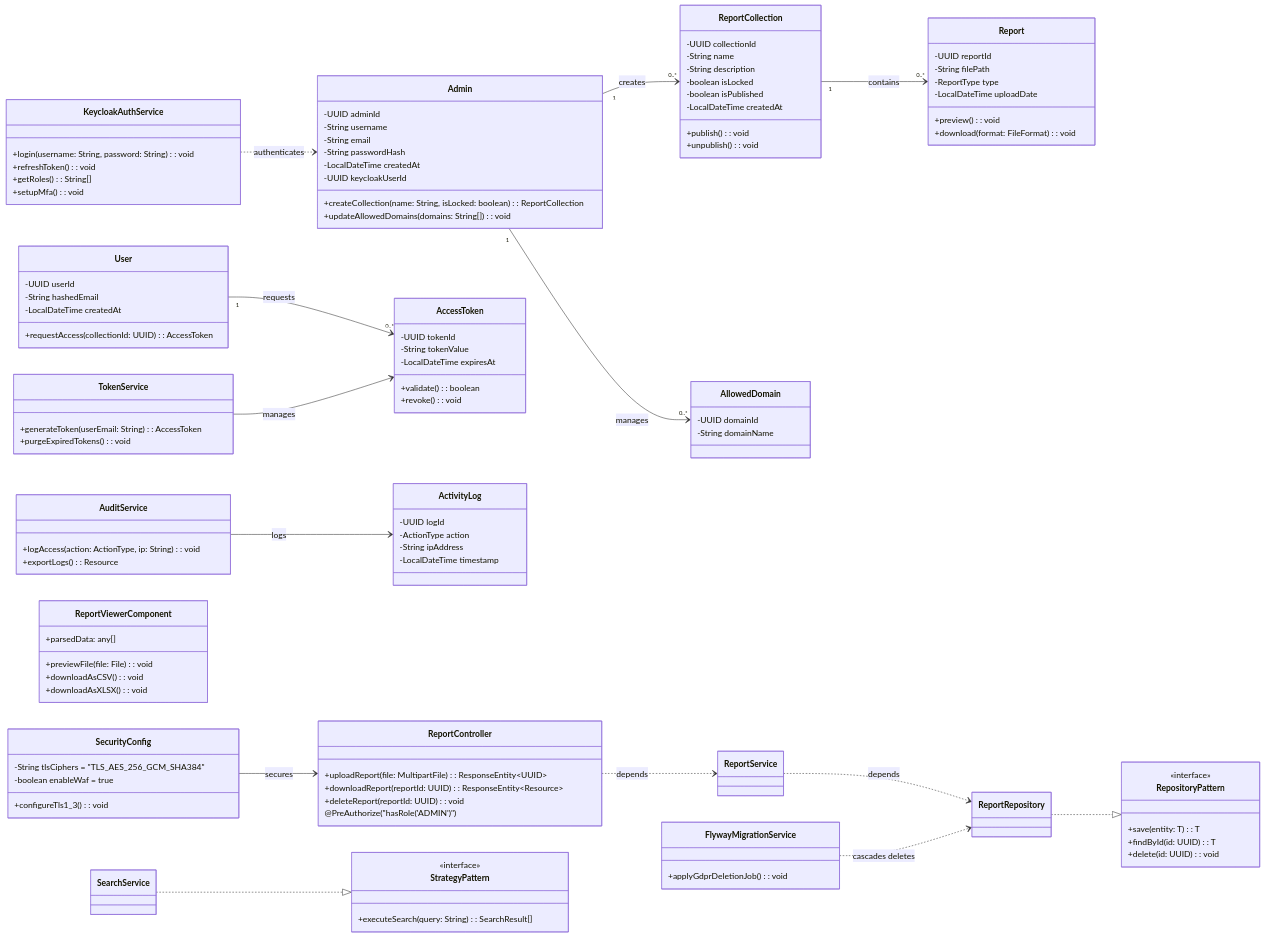
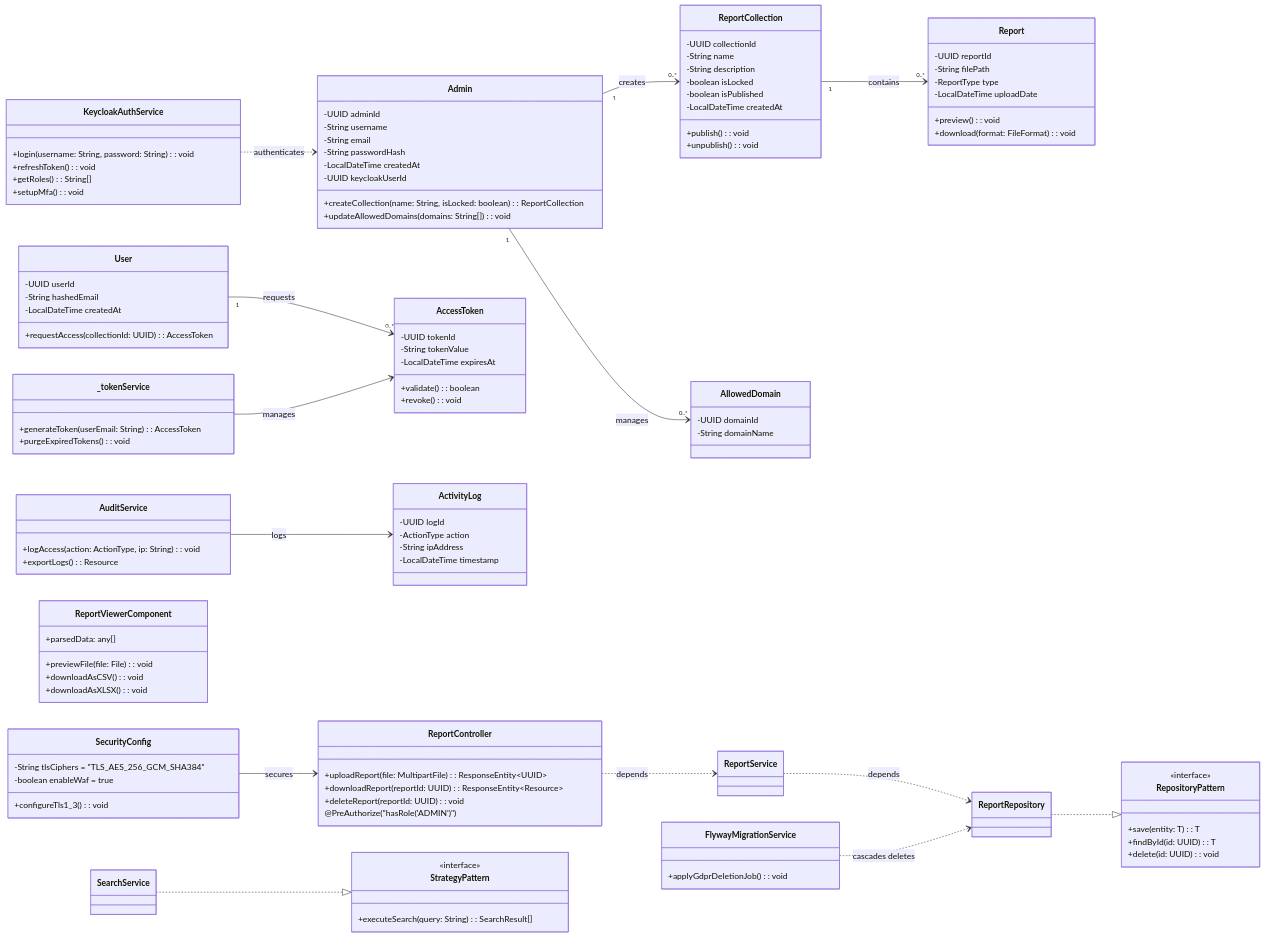
The diagram in replocker-plan/uml_diagram_models/class.mmd (davakinyemi/replocker), drawn with Mermaid before and after one commit. The commit also changed 19 other files, not shown here.

```diff
--- a/replocker-plan/uml_diagram_models/class.mmd
+++ b/replocker-plan/uml_diagram_models/class.mmd
@@ -1,135 +1,135 @@
 classDiagram  
     direction LR  
 
     %% Core Entities (GDPR-Aligned)  
     class Admin {  
         -UUID adminId  
         -String username  
         -String email  
         -String passwordHash  
         -LocalDateTime createdAt  
         -UUID keycloakUserId  
         +createCollection(name: String, isLocked: boolean): ReportCollection  
         +updateAllowedDomains(domains: String[]): void  
     }  
 
     class User {  
         -UUID userId  
         -String hashedEmail  
         -LocalDateTime createdAt  
         +requestAccess(collectionId: UUID): AccessToken  
     }  
 
     class ReportCollection {  
         -UUID collectionId  
         -String name  
         -String description  
         -boolean isLocked  
         -boolean isPublished  
         -LocalDateTime createdAt  
         +publish(): void  
         +unpublish(): void  
     }  
 
     class Report {  
         -UUID reportId  
         -String filePath  
         -ReportType type  
         -LocalDateTime uploadDate  
         +preview(): void  
         +download(format: FileFormat): void  
     }  
 
     class AccessToken {  
         -UUID tokenId  
         -String tokenValue  
         -LocalDateTime expiresAt  
         +validate(): boolean  
         +revoke(): void  
     }  
 
     class ActivityLog {  
         -UUID logId  
         -ActionType action  
         -String ipAddress  
         -LocalDateTime timestamp  
     }  
 
     class AllowedDomain {  
         -UUID domainId  
         -String domainName  
     }  
 
     %% Spring Boot Layer  
     class ReportController {  
         +uploadReport(file: MultipartFile): ResponseEntity~UUID~  
         +downloadReport(reportId: UUID): ResponseEntity~Resource~  
         +deleteReport(reportId: UUID): void  
         @PreAuthorize("hasRole('ADMIN')")  
     }  
 
-    class TokenService {  
+    class _tokenService {
         +generateToken(userEmail: String): AccessToken  
         +purgeExpiredTokens(): void  
     }  
 
     class AuditService {  
         +logAccess(action: ActionType, ip: String): void  
         +exportLogs(): Resource  
     }  
 
     class FlywayMigrationService {  
         +applyGdprDeletionJob(): void  
     }  
 
     class SecurityConfig {  
         -String tlsCiphers = "TLS_AES_256_GCM_SHA384"  
         -boolean enableWaf = true  
         +configureTls1_3(): void  
     }  
 
     %% Angular Layer  
     class ReportViewerComponent {  
         +parsedData: any[]  
         +previewFile(file: File): void  
         +downloadAsCSV(): void  
         +downloadAsXLSX(): void  
     }  
 
     class KeycloakAuthService {  
         +login(username: String, password: String): void  
         +refreshToken(): void  
         +getRoles(): String[]  
         +setupMfa(): void  
     }  
 
     %% Relationships  
     Admin "1" --> "0..*" ReportCollection : creates  
     User "1" --> "0..*" AccessToken : requests  
     ReportCollection "1" --> "0..*" Report : contains  
     Admin "1" --> "0..*" AllowedDomain : manages  
     AuditService --> ActivityLog : logs  
-    TokenService --> AccessToken : manages 
+    _tokenService --> AccessToken : manages
     KeycloakAuthService ..> Admin : authenticates
 
     %% Dependencies  
     ReportController ..> ReportService : depends  
     ReportService ..> ReportRepository : depends  
     SecurityConfig --> ReportController : secures  
     FlywayMigrationService ..> ReportRepository : cascades deletes  
 
     %% Design Patterns  
     class RepositoryPattern {  
         <<interface>>  
         +save(entity: T): T  
         +findById(id: UUID): T  
         +delete(id: UUID): void  
     }  
 
     class StrategyPattern {  
         <<interface>>  
         +executeSearch(query: String): SearchResult[]  
     }  
 
     ReportRepository ..|> RepositoryPattern  
     SearchService ..|> StrategyPattern  
```
